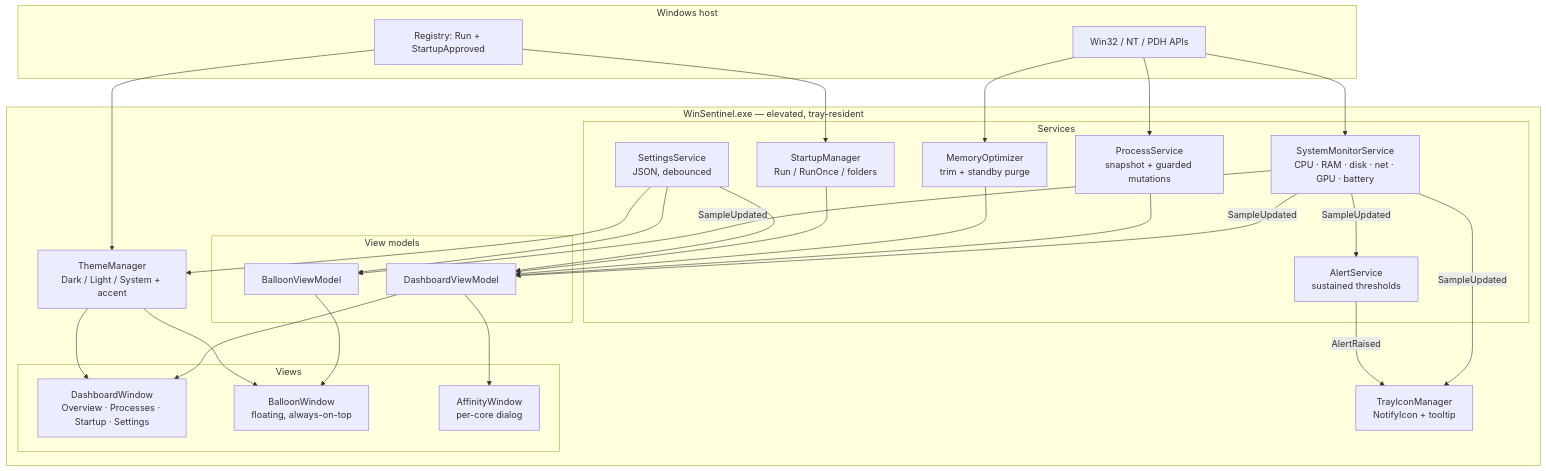
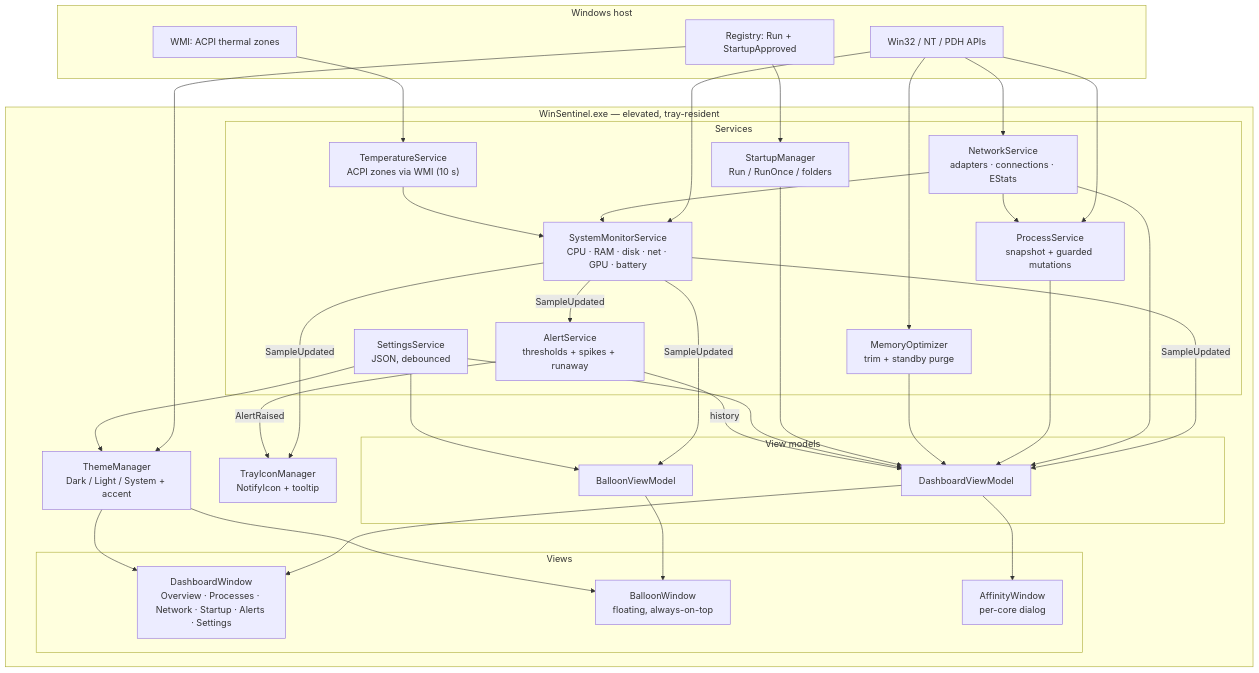
Before and after one commit to Luciftias/WinSentinel: the first of 9 diagrams in README.md, drawn with Mermaid. The commit also changed other lines of this file and 18 other files, not shown here.

Commit message:
v2.1: network explorer + per-process TCP (EStats), ACPI temperature (WMI), anomaly alert engine (thresholds + z-score spikes + runaway), Alerts & Network pages; README updated

````diff
--- a/README.md
+++ b/README.md
@@ -222,51 +255,61 @@
 ```mermaid
 flowchart TB
     subgraph HOST["Windows host"]
         WINAPI["Win32 / NT / PDH APIs"]
+        WMIAPI["WMI: ACPI thermal zones"]
         REG["Registry: Run + StartupApproved"]
     end
 
     subgraph APP["WinSentinel.exe — elevated, tray-resident"]
         subgraph SERVICES["Services"]
             MON["SystemMonitorService<br/>CPU · RAM · disk · net · GPU · battery"]
             PROC["ProcessService<br/>snapshot + guarded mutations"]
+            NETW["NetworkService<br/>adapters · connections · EStats"]
+            TEMPS["TemperatureService<br/>ACPI zones via WMI (10 s)"]
             MOPT["MemoryOptimizer<br/>trim + standby purge"]
             STARTM["StartupManager<br/>Run / RunOnce / folders"]
-            ALERT["AlertService<br/>sustained thresholds"]
+            ALERT["AlertService<br/>thresholds + spikes + runaway"]
             SETT["SettingsService<br/>JSON, debounced"]
         end
         subgraph VMS["View models"]
             DVM["DashboardViewModel"]
             BVM["BalloonViewModel"]
         end
         subgraph UIV["Views"]
-            DASH["DashboardWindow<br/>Overview · Processes · Startup · Settings"]
+            DASH["DashboardWindow<br/>Overview · Processes · Network · Startup · Alerts · Settings"]
             BALW["BalloonWindow<br/>floating, always-on-top"]
             AFFW["AffinityWindow<br/>per-core dialog"]
         end
         TRAYM["TrayIconManager<br/>NotifyIcon + tooltip"]
         THEMEM["ThemeManager<br/>Dark / Light / System + accent"]
     end
 
     WINAPI --> MON
     WINAPI --> PROC
+    WINAPI --> NETW
     WINAPI --> MOPT
+    WMIAPI --> TEMPS
     REG --> STARTM
     REG --> THEMEM
     MON -- "SampleUpdated" --> DVM
     MON -- "SampleUpdated" --> BVM
     MON -- "SampleUpdated" --> ALERT
     MON -- "SampleUpdated" --> TRAYM
+    NETW --> MON
+    NETW --> PROC
+    NETW --> DVM
+    TEMPS --> MON
     PROC --> DVM
     MOPT --> DVM
     STARTM --> DVM
     SETT --> DVM
     SETT --> BVM
     SETT --> THEMEM
     ALERT -- "AlertRaised" --> TRAYM
+    ALERT -- "history" --> DVM
     DVM --> DASH
     DVM --> AFFW
     BVM --> BALW
     THEMEM --> DASH
     THEMEM --> BALW
 ```
````
